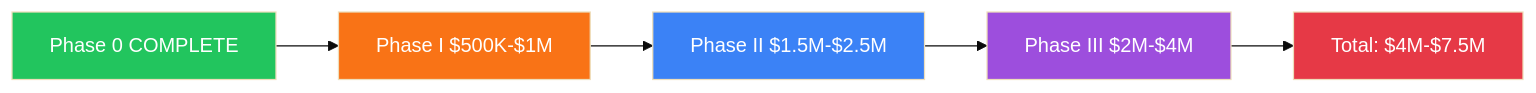
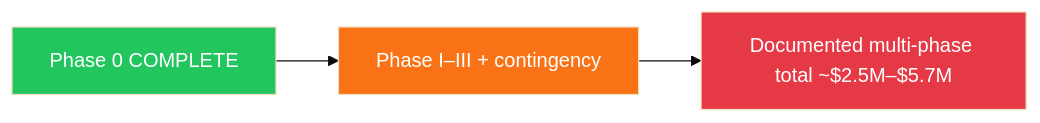
One commit to szemkoff/LAFRES changed the second of 2 diagrams in website/docs/roadmap/overview.md. Above: the diagram before and after it, drawn with Mermaid (base theme). The commit also changed other lines of this file and 6 other files, not shown here.

First line of the commit message:
Docs: align budget figures with cost estimates and project plan (FAQ, overview, roadmap, README)

````diff
--- a/website/docs/roadmap/overview.md
+++ b/website/docs/roadmap/overview.md
@@ -96,13 +96,9 @@
 ```mermaid
 graph LR
-    A["Phase 0 COMPLETE"] --> B["Phase I $500K-$1M"]
-    B --> C["Phase II $1.5M-$2.5M"]
-    C --> D["Phase III $2M-$4M"]
-    D --> E["Total: $4M-$7.5M"]
+    A["Phase 0 COMPLETE"] --> B["Phase I–III + contingency"]
+    B --> E["Documented multi-phase total ~$2.5M–$5.7M"]
     
     style A fill:#22c55e,color:#fff
     style B fill:#f97316,color:#fff
-    style C fill:#3b82f6,color:#fff
-    style D fill:#9d4edd,color:#fff
     style E fill:#e63946,color:#fff
 ```
````
